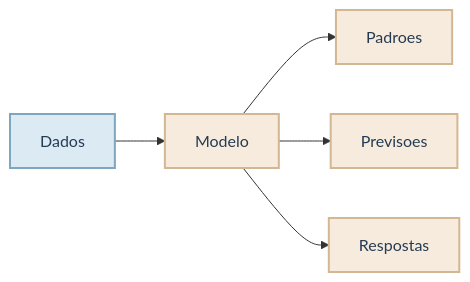
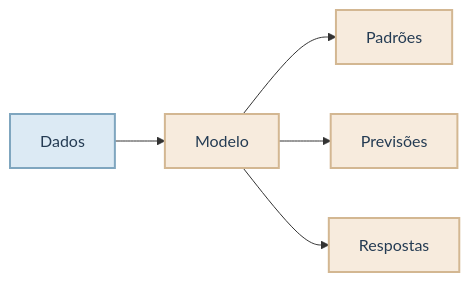
One commit to mikaelakihitto/self-study-data-science changed the tenth of 51 diagrams in temas/introducao_pratica_ia_e_genia/estudo/aula1.qmd. Above: the diagram before and after it, drawn with Mermaid. The commit also changed other lines of this file, not shown here.

````diff
--- a/temas/introducao_pratica_ia_e_genia/estudo/aula1.qmd
+++ b/temas/introducao_pratica_ia_e_genia/estudo/aula1.qmd
@@ -259,15 +250,15 @@
 ```{mermaid}
 %%| fig-align: center
 %%| out-width: 72%
 graph LR
     A[Dados] --> B[Modelo]
-    B --> C[Padroes]
-    B --> D[Previsoes]
+    B --> C[Padrões]
+    B --> D[Previsões]
     B --> E[Respostas]
     %% Definicao das cores
     classDef styleAzul fill:#DCEAF4,stroke:#7FA6BF,stroke-width:2px,color:#243B53;
     classDef styleVerde fill:#E7F2E8,stroke:#90B29A,stroke-width:2px,color:#243B53;
     classDef styleAreia fill:#F7EBDD,stroke:#D3B792,stroke-width:2px,color:#243B53;
     class A styleAzul;
     class B,C,D,E styleAreia;
 ```
````
